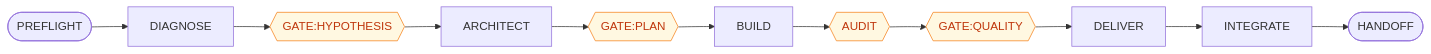
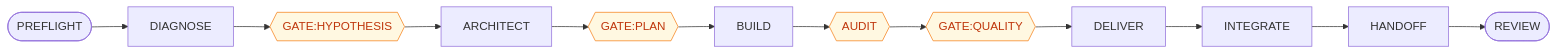
Before and after one commit to Munsik-Park/autoflow: the diagram in README.md, drawn with Mermaid. The commit also changed other lines of this file and 62 other files, not shown here.

````diff
--- a/README.md
+++ b/README.md
@@ -53,16 +54,17 @@
 ```mermaid
 flowchart LR
     PRE([PREFLIGHT]) --> DIA[DIAGNOSE]
     DIA --> HYP{{GATE:HYPOTHESIS}}
     HYP --> ARC[ARCHITECT]
     ARC --> PLAN{{GATE:PLAN}}
     PLAN --> BLD[BUILD]
     BLD --> AUD{{AUDIT}}
     AUD --> QUAL{{GATE:QUALITY}}
     QUAL --> DEL[DELIVER]
     DEL --> INT[INTEGRATE]
-    INT --> HAND([HANDOFF])
+    INT --> HAND[HANDOFF]
+    HAND --> REV([REVIEW])
 
     classDef gate fill:#fff8e1,stroke:#f57f17,color:#bf360c
     class HYP,PLAN,AUD,QUAL gate
 ```
````
